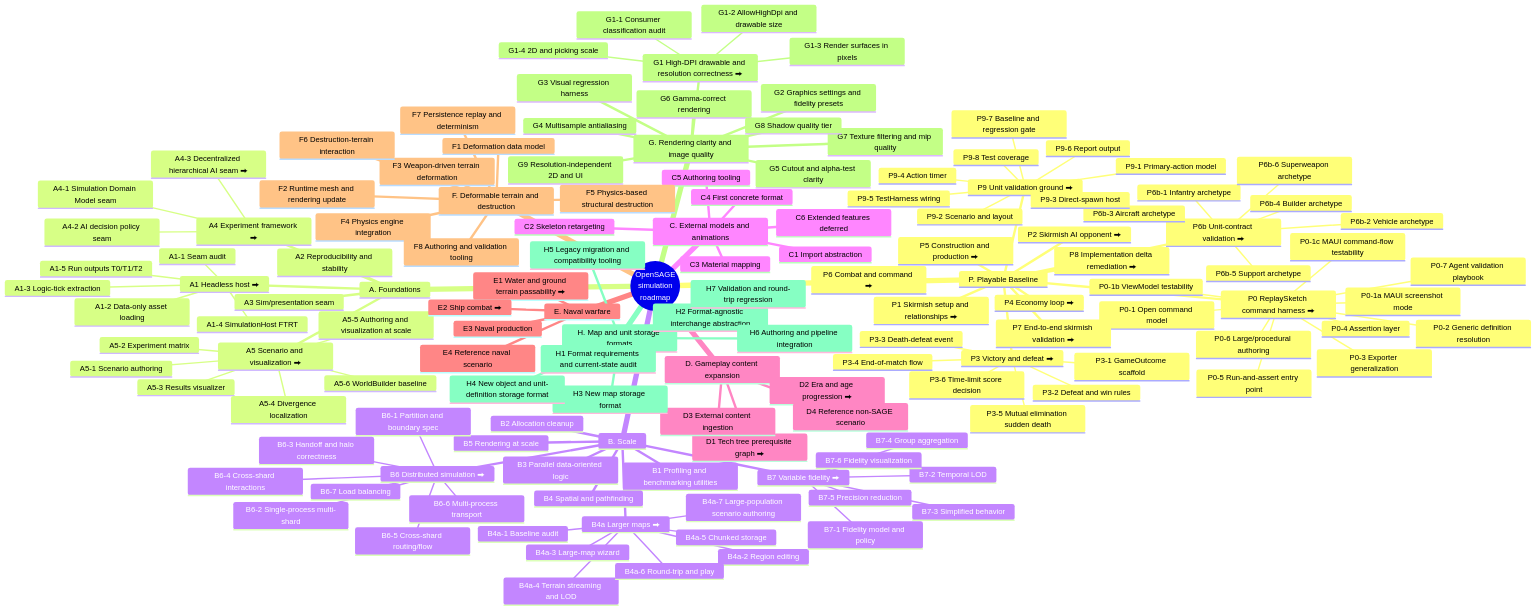
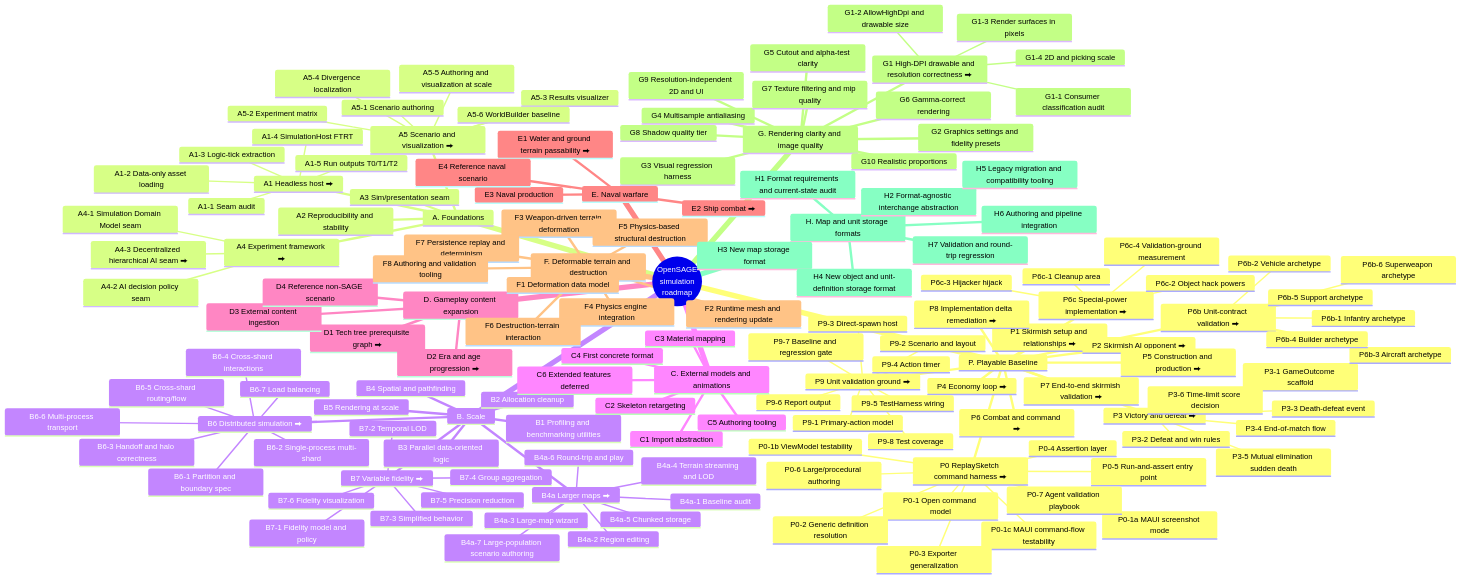
One commit to rmessinger/Panopticon changed the first of 2 diagrams in docs/roadmap/roadmap-tree.md. Above: the diagram before and after it, drawn with Mermaid. The commit also changed other lines of this file and 81 other files, not shown here.

First line of the commit message:
Validation ground gap closure (WI-VG-01..04) + facing + map-view structures (#25)

```diff
--- a/docs/roadmap/roadmap-tree.md
+++ b/docs/roadmap/roadmap-tree.md
@@ -63,6 +63,11 @@
         P6b-4 Builder archetype
         P6b-5 Support archetype
         P6b-6 Superweapon archetype
+      P6c Special-power implementation ⮕
+        P6c-1 Cleanup area
+        P6c-2 Object hack powers
+        P6c-3 Hijacker hijack
+        P6c-4 Validation-ground measurement
       P7 End-to-end skirmish validation ⮕
       P8 Implementation delta remediation ⮕
       P9 Unit validation ground ⮕
@@ -163,6 +168,7 @@
       G7 Texture filtering and mip quality
       G8 Shadow quality tier
       G9 Resolution-independent 2D and UI
+      G10 Realistic proportions
     H. Map and unit storage formats
       H1 Format requirements and current-state audit
       H2 Format-agnostic interchange abstraction
```
